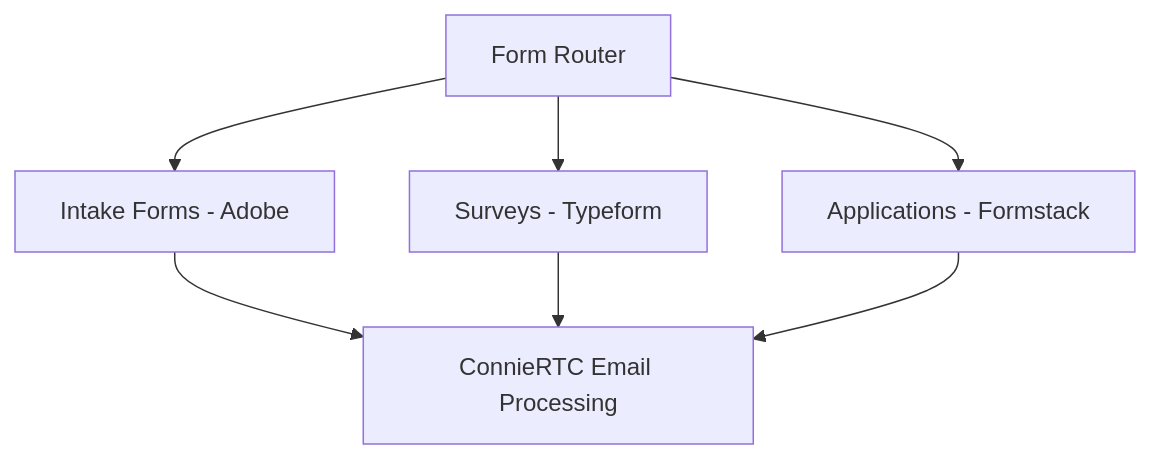
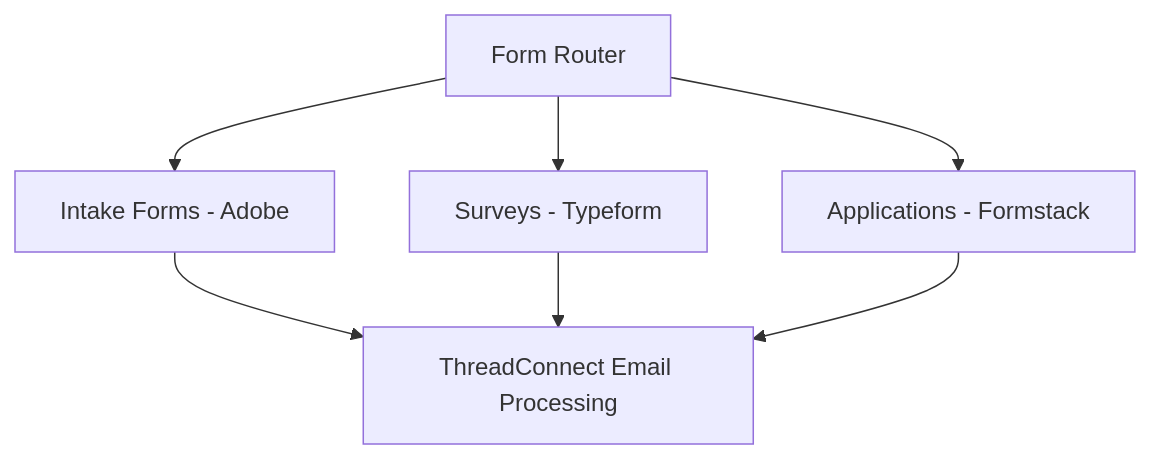
The fourth of 4 diagrams in docs/techops/feature-deployment/feature-management/channels/web/implementation-guide.md (ConnieML/docs.connie), drawn with Mermaid before and after one commit. The commit also changed other lines of this file and 129 other files, not shown here.

First line of the commit message:
Rebrand ConnieRTC -> ThreadConnect across docs (CEO approval 2026-10-30, round 2)

````diff
--- a/docs/techops/feature-deployment/feature-management/channels/web/implementation-guide.md
+++ b/docs/techops/feature-deployment/feature-management/channels/web/implementation-guide.md
@@ -91,9 +91,9 @@
 ```mermaid
 flowchart TB
     A[Form Router] --> B[Intake Forms - Adobe]
     A --> C[Surveys - Typeform]
     A --> D[Applications - Formstack]
-    B --> E[ConnieRTC Email Processing]
+    B --> E[ThreadConnect Email Processing]
     C --> E
     D --> E
 ```
````
